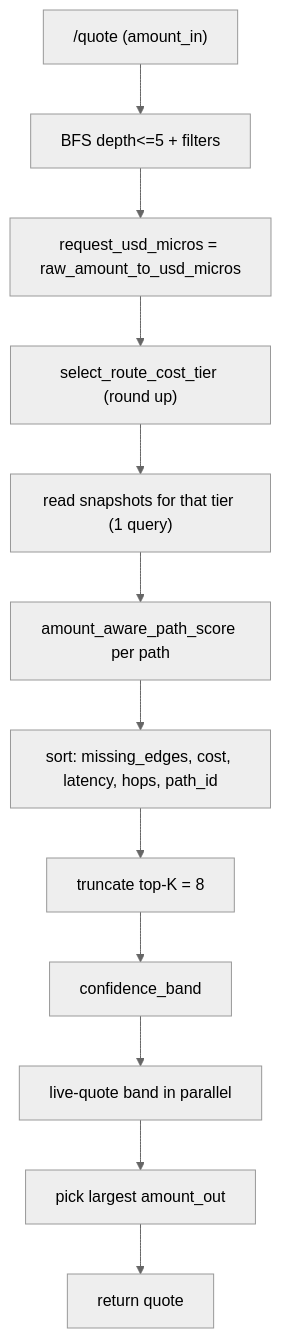
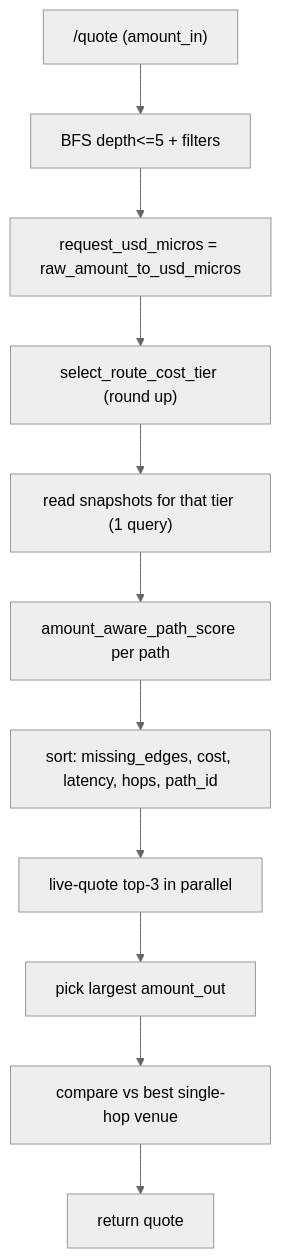
The second of 2 diagrams in docs/quoting-system-overview.md (riftresearch/tee-router), drawn with Mermaid (neutral theme) before and after one commit. The commit also changed other lines of this file and 13 other files, not shown here.

````diff
--- a/docs/quoting-system-overview.md
+++ b/docs/quoting-system-overview.md
@@ -231,14 +235,13 @@
 ```mermaid
 flowchart TB
   Req["/quote (amount_in)"] --> Bfs["BFS depth<=5 + filters"]
   Bfs --> Usd["request_usd_micros = raw_amount_to_usd_micros"]
   Usd --> Tier["select_route_cost_tier (round up)"]
   Tier --> Read["read snapshots for that tier (1 query)"]
   Read --> Score["amount_aware_path_score per path"]
   Score --> Sort["sort: missing_edges, cost, latency, hops, path_id"]
-  Sort --> TopK["truncate top-K = 8"]
-  TopK --> Band["confidence_band"]
-  Band --> Fan["live-quote band in parallel"]
+  Sort --> Fan["live-quote top-3 in parallel"]
   Fan --> Best["pick largest amount_out"]
-  Best --> Resp["return quote"]
+  Best --> Sh["compare vs best single-hop venue"]
+  Sh --> Resp["return quote"]
 ```
````
